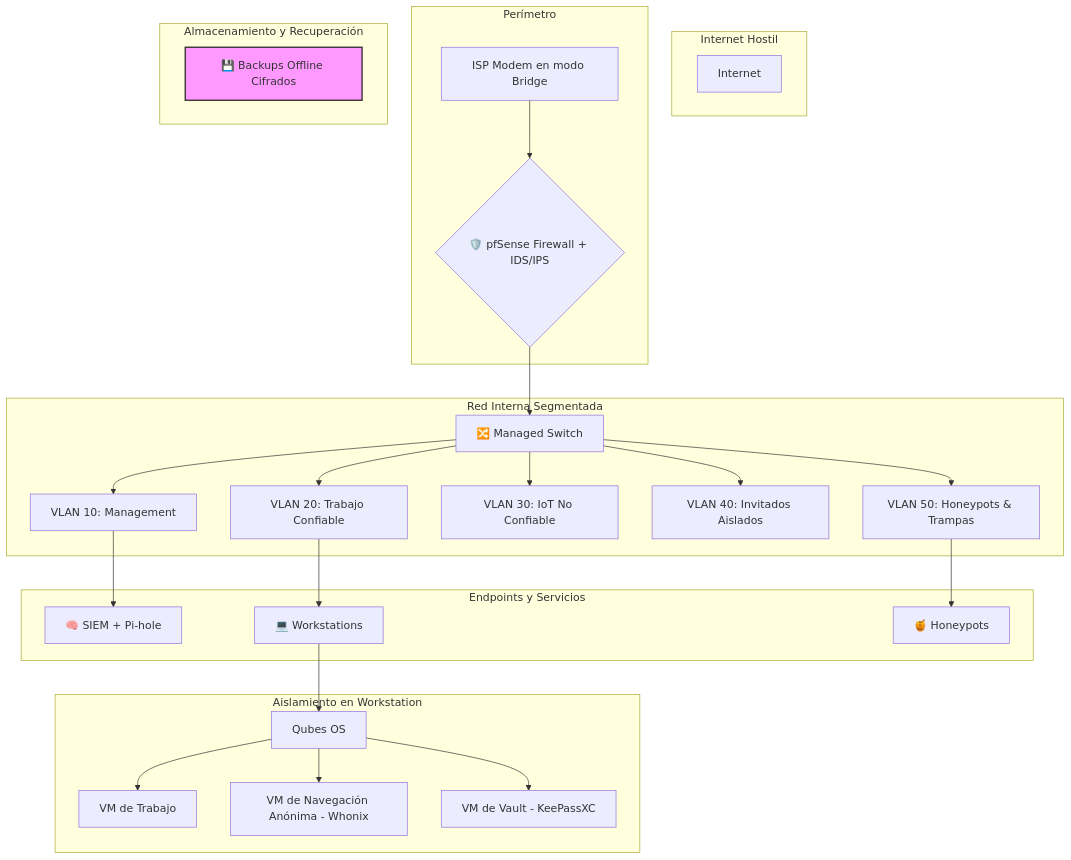
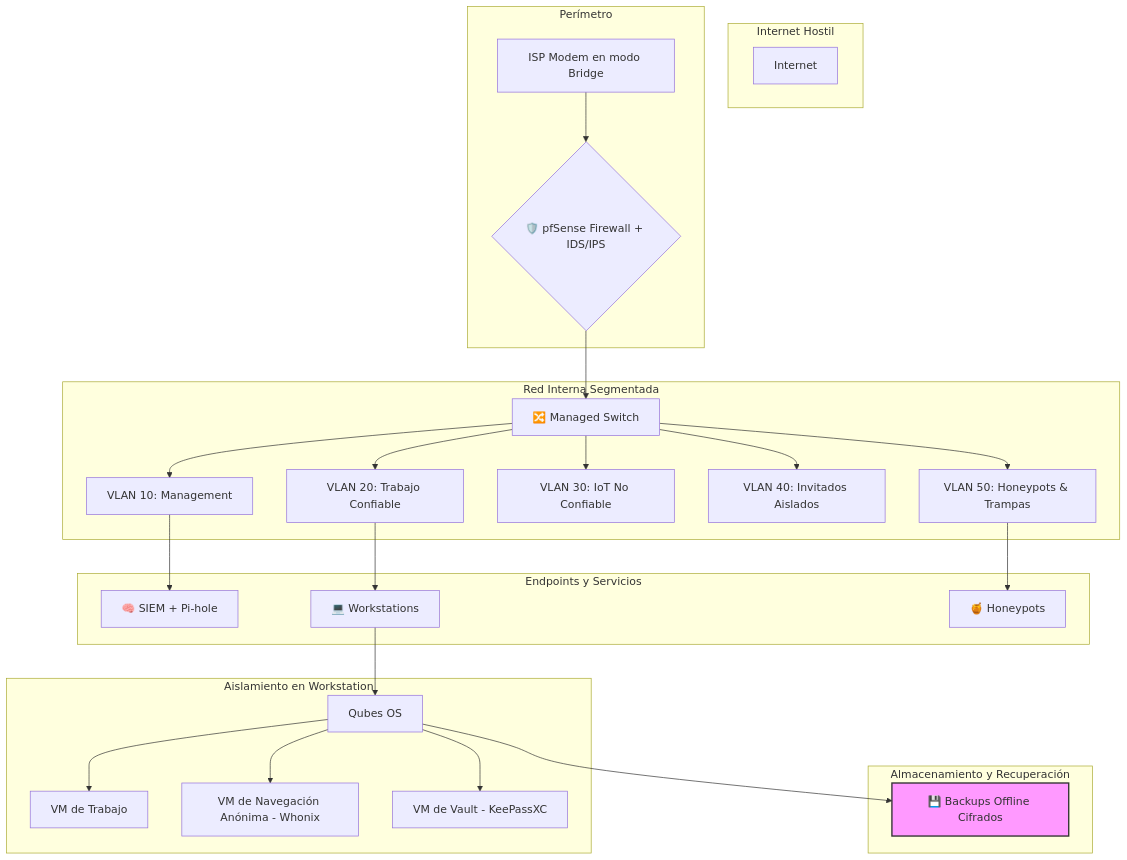
One commit to jviera100/documentacion changed the second of 2 diagrams in 03_ciberseguridad_y_redes/14_defense.md. Above: the diagram before and after it, drawn with Mermaid.

Commit message:
:sparkles:up

````diff
--- a/03_ciberseguridad_y_redes/14_defense.md
+++ b/03_ciberseguridad_y_redes/14_defense.md
@@ -30,38 +30,38 @@
 ```mermaid
 graph TD
     subgraph Internet Hostil
         A[Internet]
     end
 
     subgraph Perímetro
         B[ISP Modem en modo Bridge] --> C{🛡️ pfSense Firewall + IDS/IPS};
     end
 
     subgraph Red Interna Segmentada
         C --> D[🔀 Managed Switch];
         D --> V10[VLAN 10: Management];
         D --> V20[VLAN 20: Trabajo Confiable];
         D --> V30[VLAN 30: IoT No Confiable];
         D --> V40[VLAN 40: Invitados Aislados];
         D --> V50[VLAN 50: Honeypots & Trampas];
     end
     
     subgraph Endpoints y Servicios
         V10 --> E[🧠 SIEM + Pi-hole];
         V20 --> F[💻 Workstations];
         V50 --> G[🍯 Honeypots];
     end
 
     subgraph Aislamiento en Workstation
         F --> H[Qubes OS];
         H --> I[VM de Trabajo];
         H --> J[VM de Navegación Anónima - Whonix];
         H --> K[VM de Vault - KeePassXC];
     end
 
     subgraph Almacenamiento y Recuperación
-        L[💾 Backups Offline Cifrados]
+        H --> L[💾 Backups Offline Cifrados]
     end
 
     style L fill:#f9f,stroke:#333,stroke-width:2px
 ```
````
